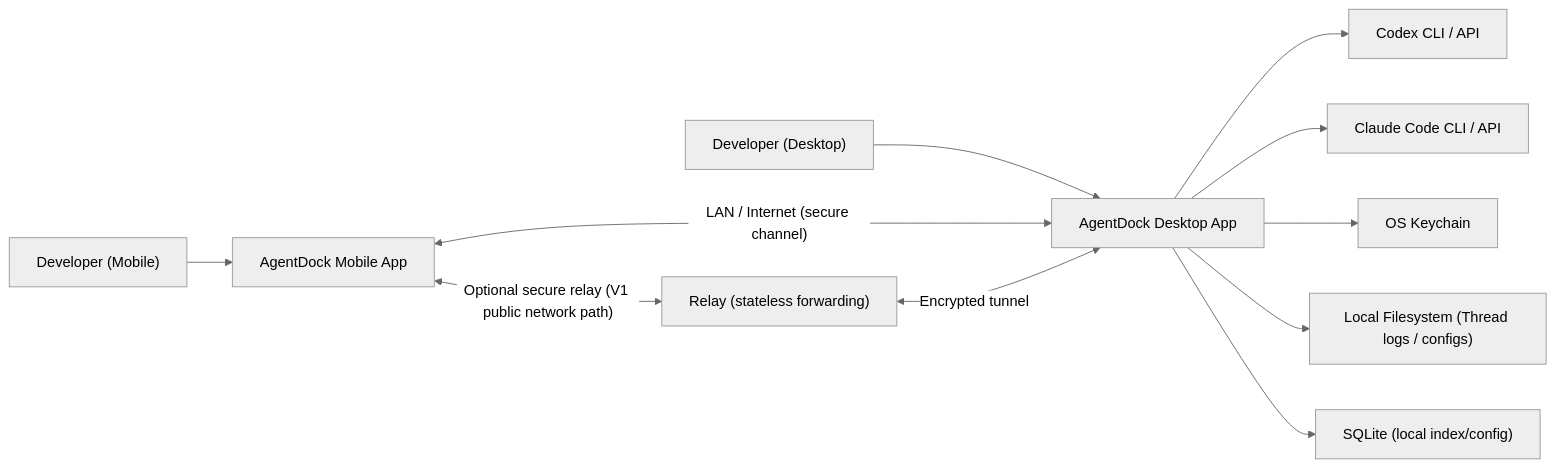
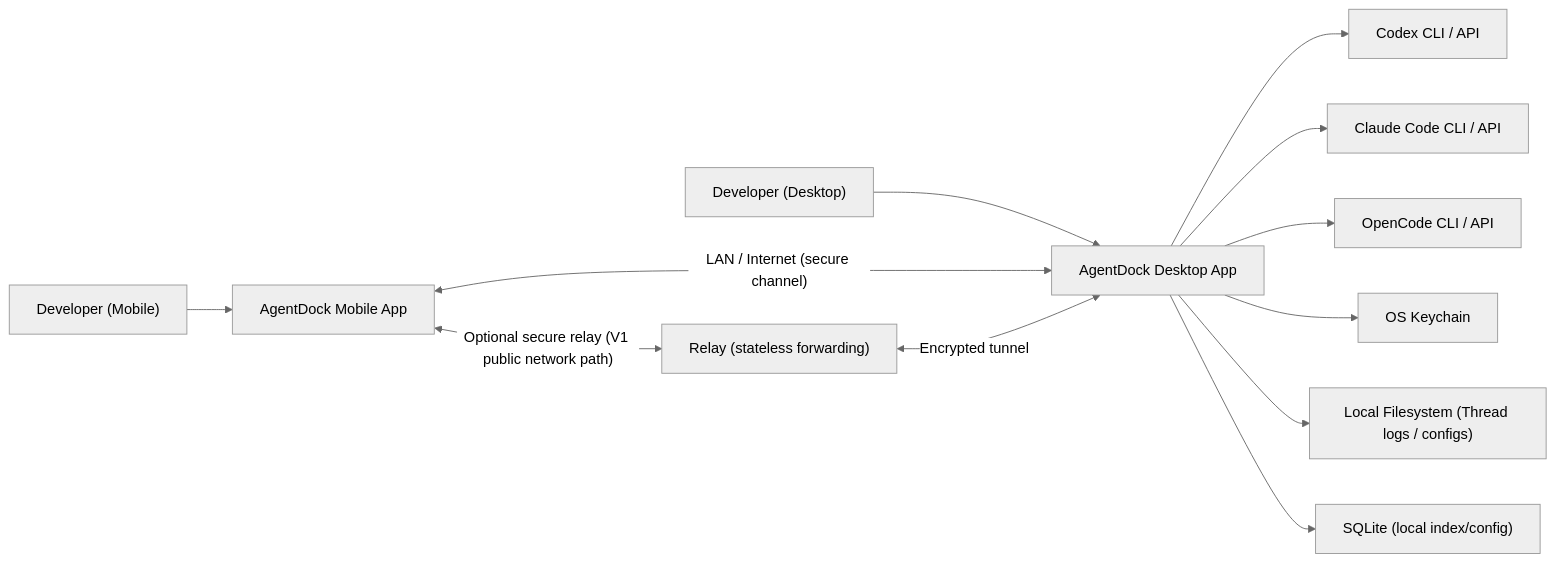
Before and after one commit to MrPandaRun/agentdock: the first of 7 diagrams in Architecture-AgentDock-v1.md, drawn with Mermaid (neutral theme). The commit also changed other lines of this file and 30 other files, not shown here.

````diff
--- a/Architecture-AgentDock-v1.md
+++ b/Architecture-AgentDock-v1.md
@@ -46,13 +60,14 @@
 ```mermaid
 flowchart LR
     U["Developer (Desktop)"] --> D["AgentDock Desktop App"]
     M["Developer (Mobile)"] --> A["AgentDock Mobile App"]
     D --> C1["Codex CLI / API"]
     D --> C2["Claude Code CLI / API"]
+    D --> C3["OpenCode CLI / API"]
     D --> K["OS Keychain"]
     D --> FS["Local Filesystem (Thread logs / configs)"]
     D --> DB["SQLite (local index/config)"]
     A <-->|"LAN / Internet (secure channel)"| D
     A <-->|"Optional secure relay (V1 public network path)"| R["Relay (stateless forwarding)"]
     R <-->|Encrypted tunnel| D
 ```
````
